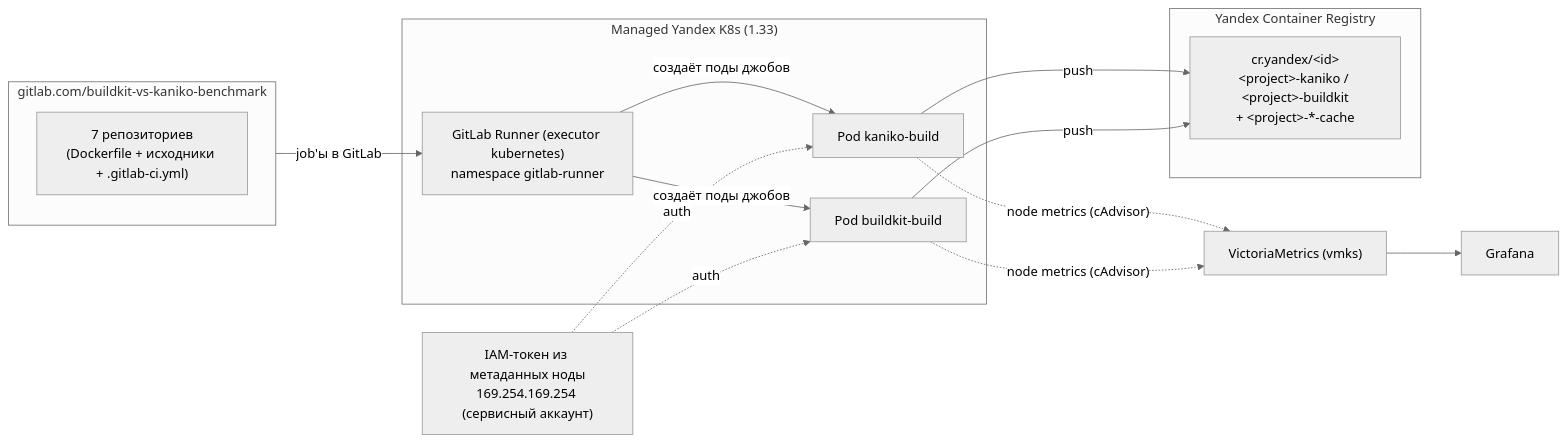
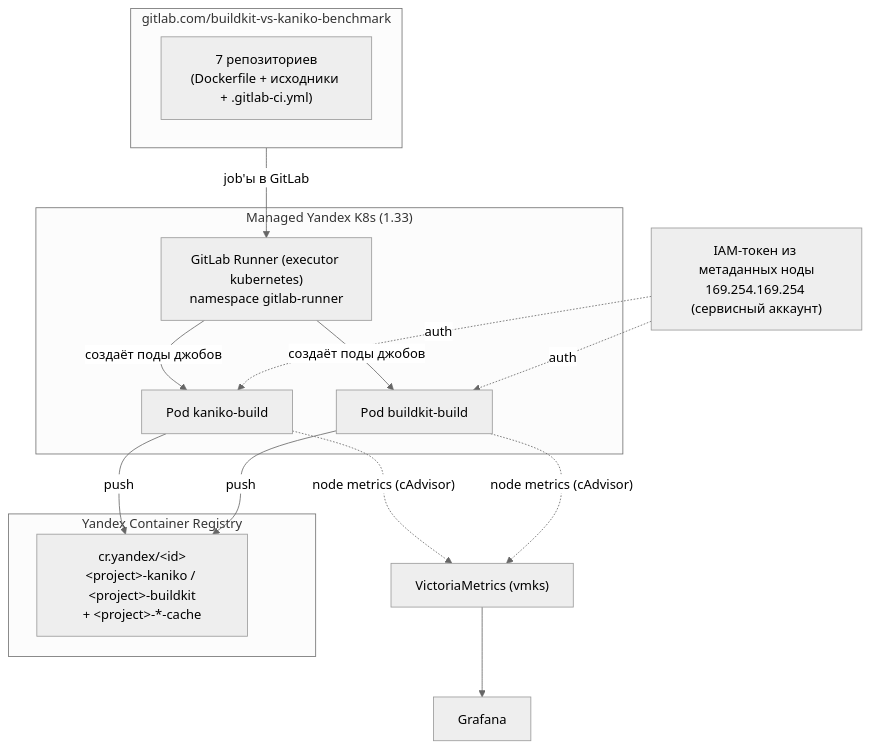
One commit to patsevanton/buildkit-vs-kaniko-benchmark changed the diagram in README.md. Above: the diagram before and after it, drawn with Mermaid (neutral theme). The commit also changed other lines of this file and 3 other files, not shown here.

````diff
--- a/README.md
+++ b/README.md
@@ -49,31 +49,31 @@
 ```mermaid
-flowchart LR
+flowchart TB
     subgraph GL["gitlab.com/buildkit-vs-kaniko-benchmark"]
         P1["7 репозиториев<br/>(Dockerfile + исходники + .gitlab-ci.yml)"]
     end
 
     subgraph K8s["Managed Yandex K8s (1.33)"]
         R["GitLab Runner (executor kubernetes)<br/>namespace gitlab-runner"]
         K["Pod kaniko-build"]
         B["Pod buildkit-build"]
         R -->|"создаёт поды джобов"| K
         R -->|"создаёт поды джобов"| B
     end
 
     subgraph YCR["Yandex Container Registry"]
         REG["cr.yandex/&lt;id&gt;<br/>&lt;project&gt;-kaniko / &lt;project&gt;-buildkit<br/>+ &lt;project&gt;-*-cache"]
     end
 
     MET["IAM-токен из метаданных ноды<br/>169.254.169.254 (сервисный аккаунт)"]
     VM["VictoriaMetrics (vmks)"]
     G["Grafana"]
 
     GL -->|"job'ы в GitLab"| R
     K -->|"push"| REG
     B -->|"push"| REG
     MET -.->|"auth"| K
     MET -.->|"auth"| B
     K -.->|"node metrics (cAdvisor)"| VM
     B -.->|"node metrics (cAdvisor)"| VM
     VM --> G
 ```
````
